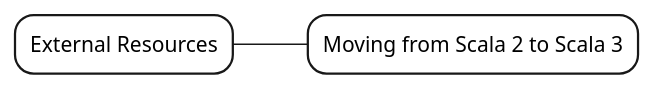
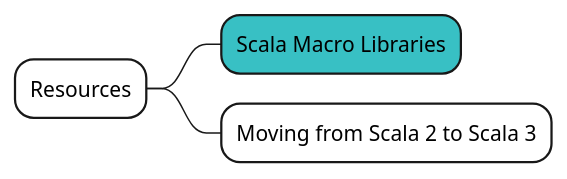
The seventh of 7 diagrams in docs/step01/04_Migration_guideを俯瞰してみる.md (shinharad/getting-started-with-scala3), drawn with PlantUML before and after one commit. The commit also changed other lines of this file and 6 other files, not shown here.

````diff
--- a/docs/step01/04_Migration_guideを俯瞰してみる.md
+++ b/docs/step01/04_Migration_guideを俯瞰してみる.md
@@ -107,6 +110,7 @@
 ```plantuml
 @startmindmap
-*[#fff] External Resources
+*[#fff] Resources
+**[#38c0c4] Scala Macro Libraries
 **[#fff] Moving from Scala 2 to Scala 3
 @endmindmap
 ```
````
